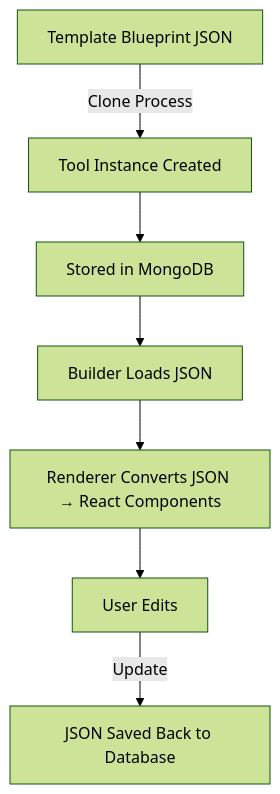
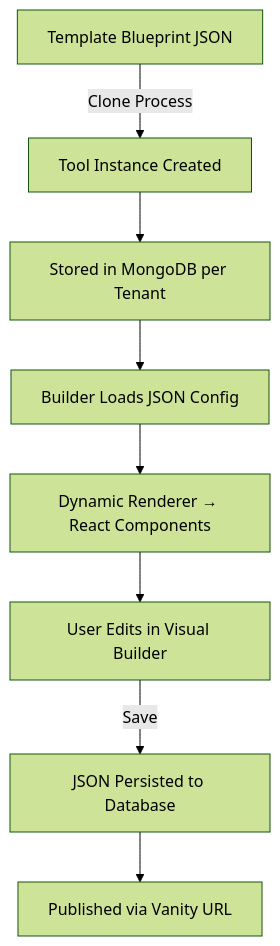
The diagram in README.md (MohammedAnsari123/Micro-SaaS-Builder-Platform), drawn with Mermaid (forest theme) before and after one commit. The commit also changed other lines of this file and 64 other files, not shown here.

````diff
--- a/README.md
+++ b/README.md
@@ -31,9 +65,10 @@
 ```mermaid
 graph TD
     A[Template Blueprint JSON] -->|Clone Process| B[Tool Instance Created]
-    B --> C[Stored in MongoDB]
-    C --> D[Builder Loads JSON]
-    D --> E[Renderer Converts JSON → React Components]
-    E --> F[User Edits]
-    F -->|Update| G[JSON Saved Back to Database]
+    B --> C[Stored in MongoDB per Tenant]
+    C --> D[Builder Loads JSON Config]
+    D --> E[Dynamic Renderer → React Components]
+    E --> F[User Edits in Visual Builder]
+    F -->|Save| G[JSON Persisted to Database]
+    G --> H[Published via Vanity URL]
 ```
````
